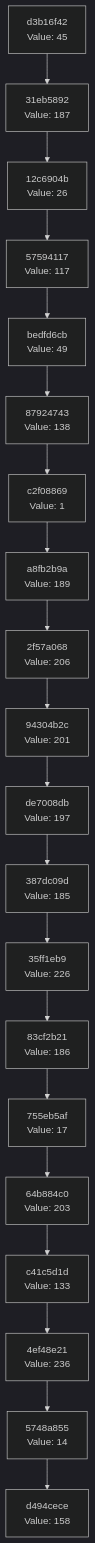
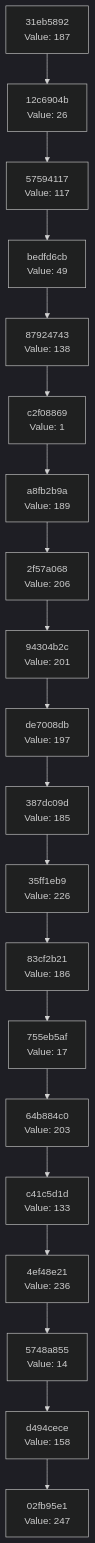
Before and after one commit to Abhisheksinha1506/hash-chain-evolver: the diagram in docs/CHAIN_VISUALIZATION.md, drawn with Mermaid (dark theme). The commit also changed 2 other files, not shown here.

Commit message:
Evolution step: hash 0xF7 → action executed

````diff
--- a/docs/CHAIN_VISUALIZATION.md
+++ b/docs/CHAIN_VISUALIZATION.md
@@ -3,42 +3,42 @@
 ```mermaid
 graph TD
-    C0["d494cece<br/>Value: 158"]
-    C1["5748a855<br/>Value: 14"]
+    C0["02fb95e1<br/>Value: 247"]
+    C1["d494cece<br/>Value: 158"]
     C1 --> C0
-    C2["4ef48e21<br/>Value: 236"]
+    C2["5748a855<br/>Value: 14"]
     C2 --> C1
-    C3["c41c5d1d<br/>Value: 133"]
+    C3["4ef48e21<br/>Value: 236"]
     C3 --> C2
-    C4["64b884c0<br/>Value: 203"]
+    C4["c41c5d1d<br/>Value: 133"]
     C4 --> C3
-    C5["755eb5af<br/>Value: 17"]
+    C5["64b884c0<br/>Value: 203"]
     C5 --> C4
-    C6["83cf2b21<br/>Value: 186"]
+    C6["755eb5af<br/>Value: 17"]
     C6 --> C5
-    C7["35ff1eb9<br/>Value: 226"]
+    C7["83cf2b21<br/>Value: 186"]
     C7 --> C6
-    C8["387dc09d<br/>Value: 185"]
+    C8["35ff1eb9<br/>Value: 226"]
     C8 --> C7
-    C9["de7008db<br/>Value: 197"]
+    C9["387dc09d<br/>Value: 185"]
     C9 --> C8
-    C10["94304b2c<br/>Value: 201"]
+    C10["de7008db<br/>Value: 197"]
     C10 --> C9
-    C11["2f57a068<br/>Value: 206"]
+    C11["94304b2c<br/>Value: 201"]
     C11 --> C10
-    C12["a8fb2b9a<br/>Value: 189"]
+    C12["2f57a068<br/>Value: 206"]
     C12 --> C11
-    C13["c2f08869<br/>Value: 1"]
+    C13["a8fb2b9a<br/>Value: 189"]
     C13 --> C12
-    C14["87924743<br/>Value: 138"]
+    C14["c2f08869<br/>Value: 1"]
     C14 --> C13
-    C15["bedfd6cb<br/>Value: 49"]
+    C15["87924743<br/>Value: 138"]
     C15 --> C14
-    C16["57594117<br/>Value: 117"]
+    C16["bedfd6cb<br/>Value: 49"]
     C16 --> C15
-    C17["12c6904b<br/>Value: 26"]
+    C17["57594117<br/>Value: 117"]
     C17 --> C16
-    C18["31eb5892<br/>Value: 187"]
+    C18["12c6904b<br/>Value: 26"]
     C18 --> C17
-    C19["d3b16f42<br/>Value: 45"]
+    C19["31eb5892<br/>Value: 187"]
     C19 --> C18
 ```
````
